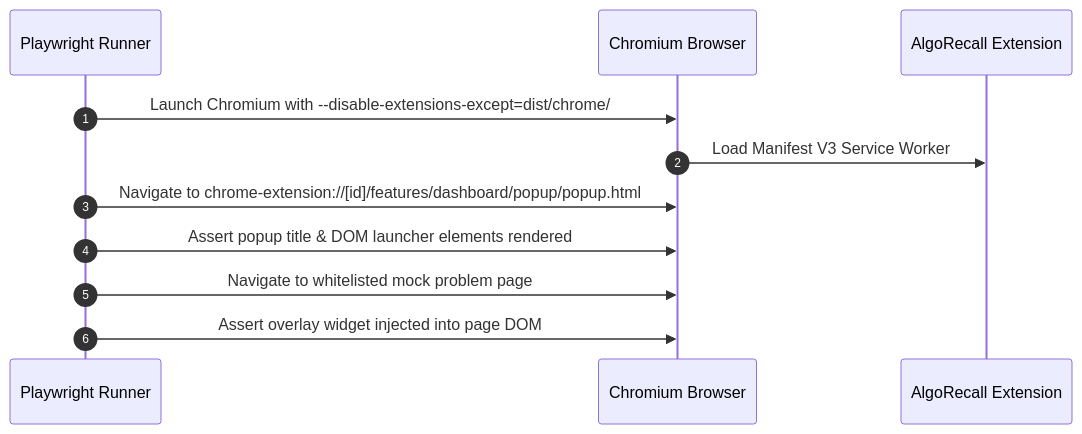
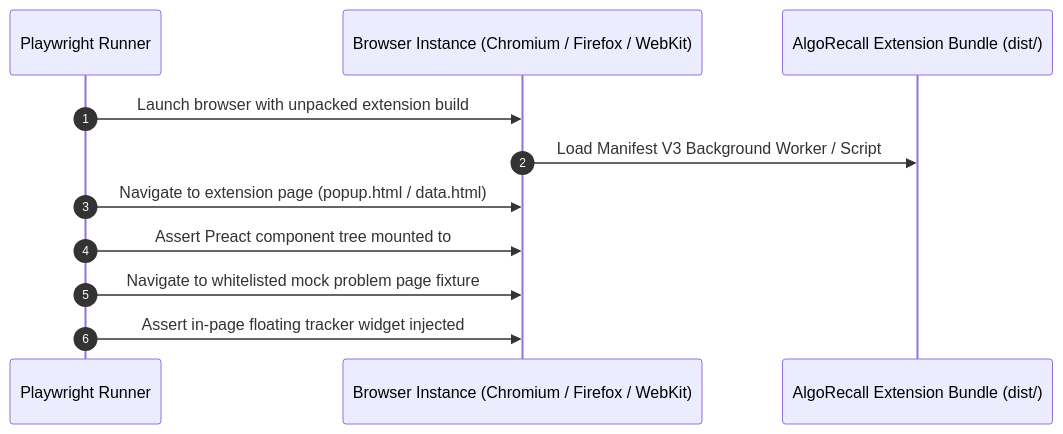
Before and after one commit to sdeanmol/algomonster-fsrs-extension: the diagram in docs/testing/e2e-integration.md, drawn with Mermaid. The commit also changed other lines of this file and 11 other files, not shown here.

````diff
--- a/docs/testing/e2e-integration.md
+++ b/docs/testing/e2e-integration.md
@@ -28,14 +28,14 @@
 ```mermaid
 sequenceDiagram
     autonumber
     participant PW as Playwright Runner
-    participant Chromium as Chromium Browser
-    participant EXT as AlgoRecall Extension
+    participant Browser as Browser Instance (Chromium / Firefox / WebKit)
+    participant EXT as AlgoRecall Extension Bundle (dist/)
 
-    PW->>Chromium: Launch Chromium with --disable-extensions-except=dist/chrome/
-    Chromium->>EXT: Load Manifest V3 Service Worker
-    PW->>Chromium: Navigate to chrome-extension://[id]/features/dashboard/popup/popup.html
-    PW->>Chromium: Assert popup title & DOM launcher elements rendered
-    PW->>Chromium: Navigate to whitelisted mock problem page
-    PW->>Chromium: Assert overlay widget injected into page DOM
+    PW->>Browser: Launch browser with unpacked extension build
+    Browser->>EXT: Load Manifest V3 Background Worker / Script
+    PW->>Browser: Navigate to extension page (popup.html / data.html)
+    PW->>Browser: Assert Preact component tree mounted to #root
+    PW->>Browser: Navigate to whitelisted mock problem page fixture
+    PW->>Browser: Assert in-page floating tracker widget injected
 ```
````
